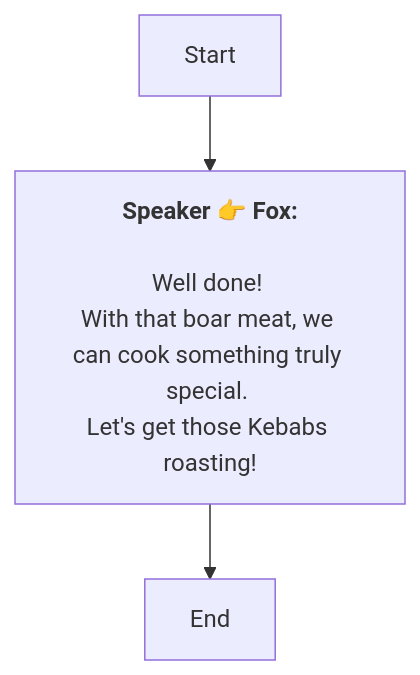
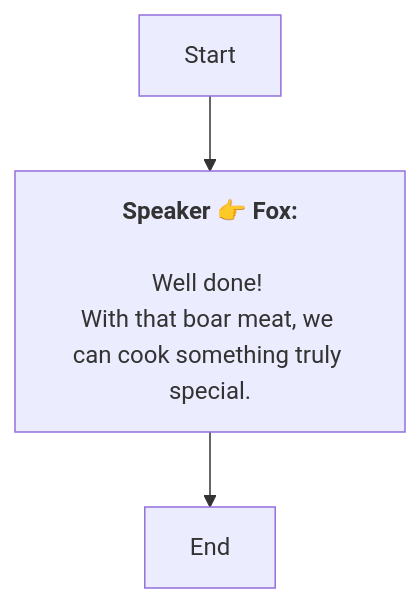
The diagram in En/QuestStartTalkENode_1768893356509241.md (SoftHu/tos_avg), drawn with Mermaid before and after one commit. The commit also changed 410 other files, not shown here.

````diff
--- a/En/QuestStartTalkENode_1768893356509241.md
+++ b/En/QuestStartTalkENode_1768893356509241.md
@@ -1,8 +1,8 @@
 ```mermaid
 graph
 Start -->1768893382846524[<b>Speaker 👉 Fox:</b>
 \nWell done! 
-With that boar meat, we can cook something truly special. \nLet's get those Kebabs roasting!]
+With that boar meat, we can cook something truly special.]
 1768893382846524 -->1768893407701053[End]
 
 ```
````
